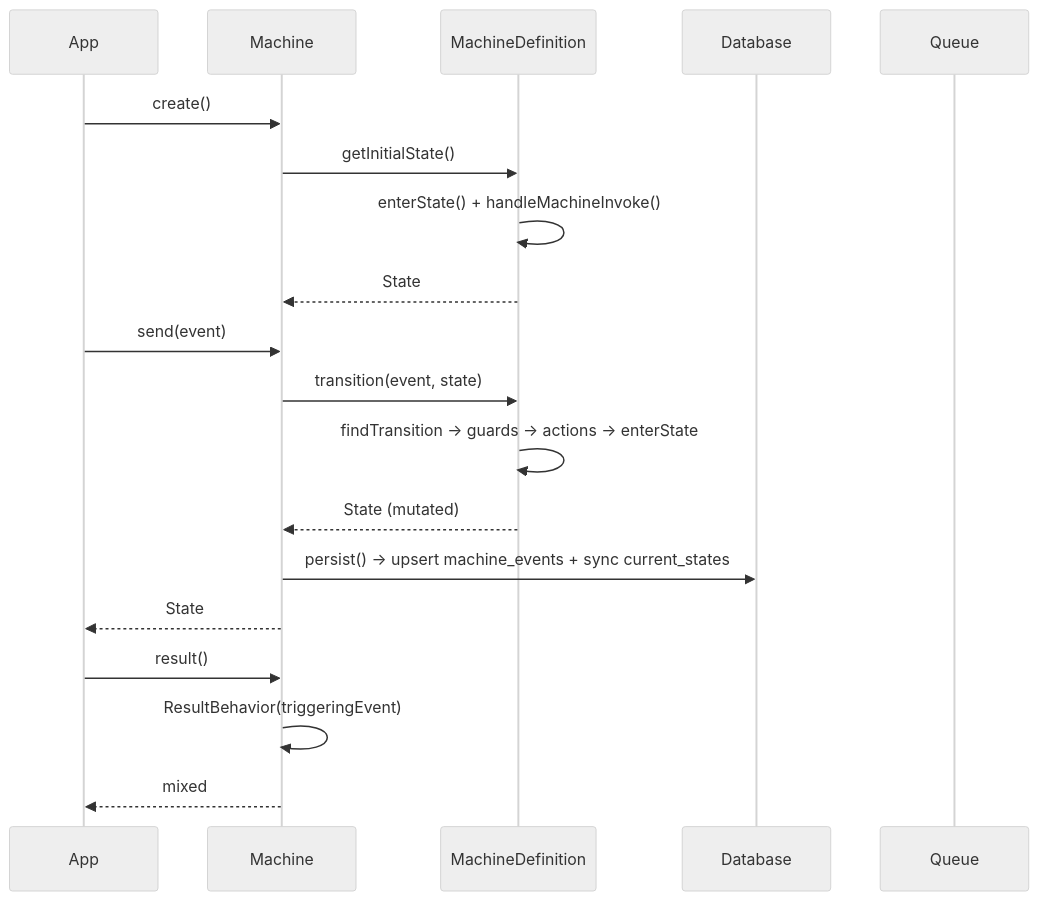
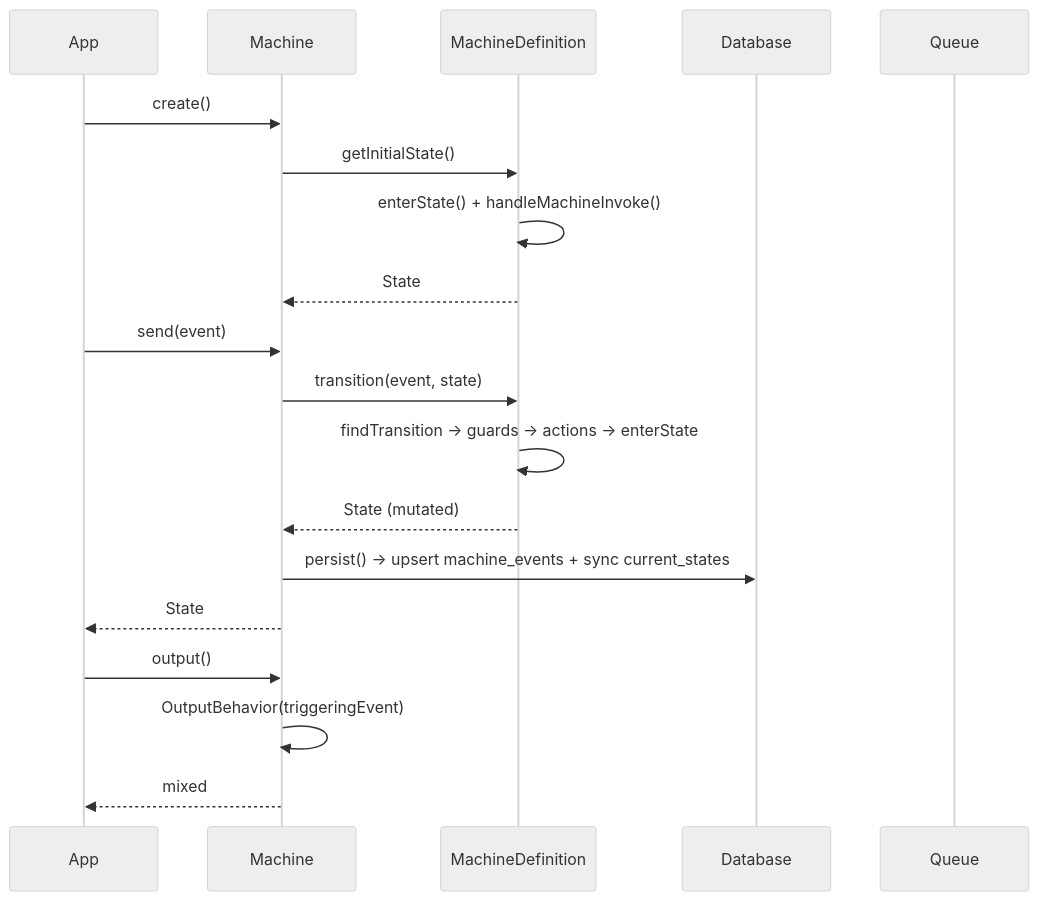
Before and after one commit to tarfin-labs/event-machine: the second of 3 diagrams in CODEBASE_MAP.md, drawn with Mermaid (neutral theme). The commit also changed other lines of this file and 26 other files, not shown here.

Commit message:
docs: unified output terminology across 27 files — result→output, contextKeys→output, ResultBehavior→OutputBehavior, response envelope keys updated, v8→v9 upgrade guide added, results.md renamed to outputs.md

````diff
--- a/CODEBASE_MAP.md
+++ b/CODEBASE_MAP.md
@@ -264,24 +264,24 @@
 ```mermaid
 sequenceDiagram
     participant App
     participant Machine
     participant Definition as MachineDefinition
     participant DB as Database
     participant Queue
 
     App->>Machine: create()
     Machine->>Definition: getInitialState()
     Definition->>Definition: enterState() + handleMachineInvoke()
     Definition-->>Machine: State
 
     App->>Machine: send(event)
     Machine->>Definition: transition(event, state)
     Definition->>Definition: findTransition → guards → actions → enterState
     Definition-->>Machine: State (mutated)
     Machine->>DB: persist() → upsert machine_events + sync current_states
     Machine-->>App: State
 
-    App->>Machine: result()
-    Machine->>Machine: ResultBehavior(triggeringEvent)
+    App->>Machine: output()
+    Machine->>Machine: OutputBehavior(triggeringEvent)
     Machine-->>App: mixed
 ```
````
